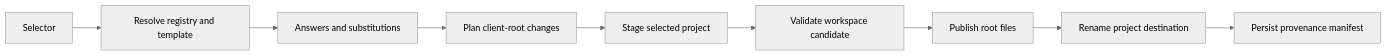
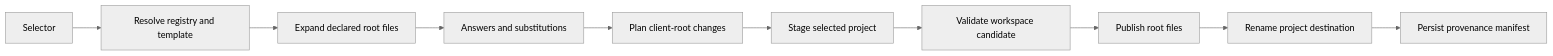
One commit to cloudvoyant/premise changed the diagram in docs/generation.md. Above: the diagram before and after it, drawn with Mermaid (neutral theme). The commit also changed other lines of this file and 26 other files, not shown here.

````diff
--- a/docs/generation.md
+++ b/docs/generation.md
@@ -41,11 +58,12 @@
 ```mermaid
 flowchart LR
   S[Selector] --> R[Resolve registry and template]
-  R --> Q[Answers and substitutions]
+  R --> F[Expand declared root files]
+  F --> Q[Answers and substitutions]
   Q --> P[Plan client-root changes]
   P --> T[Stage selected project]
   T --> V[Validate workspace candidate]
   V --> W[Publish root files]
   W --> N[Rename project destination]
   N --> M[Persist provenance manifest]
 ```
````
